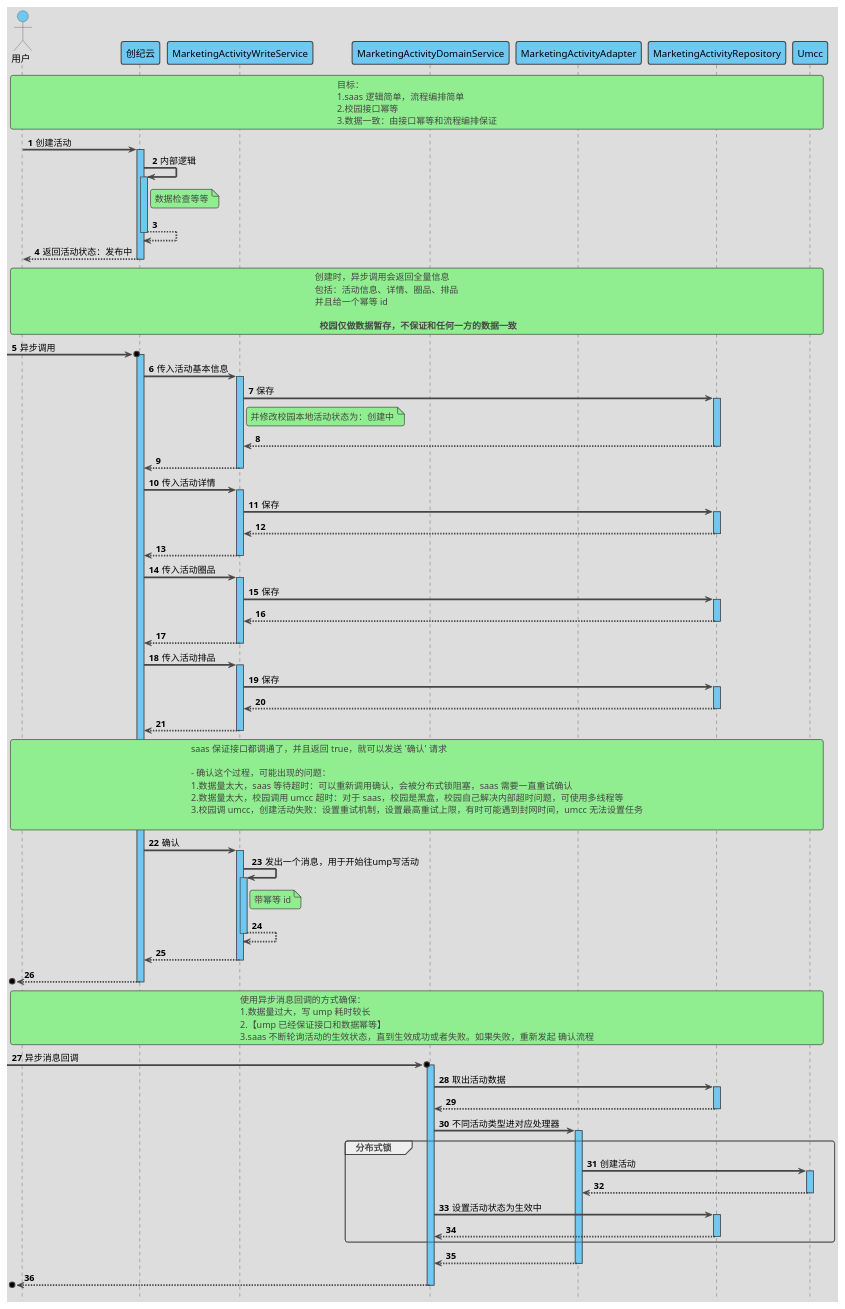
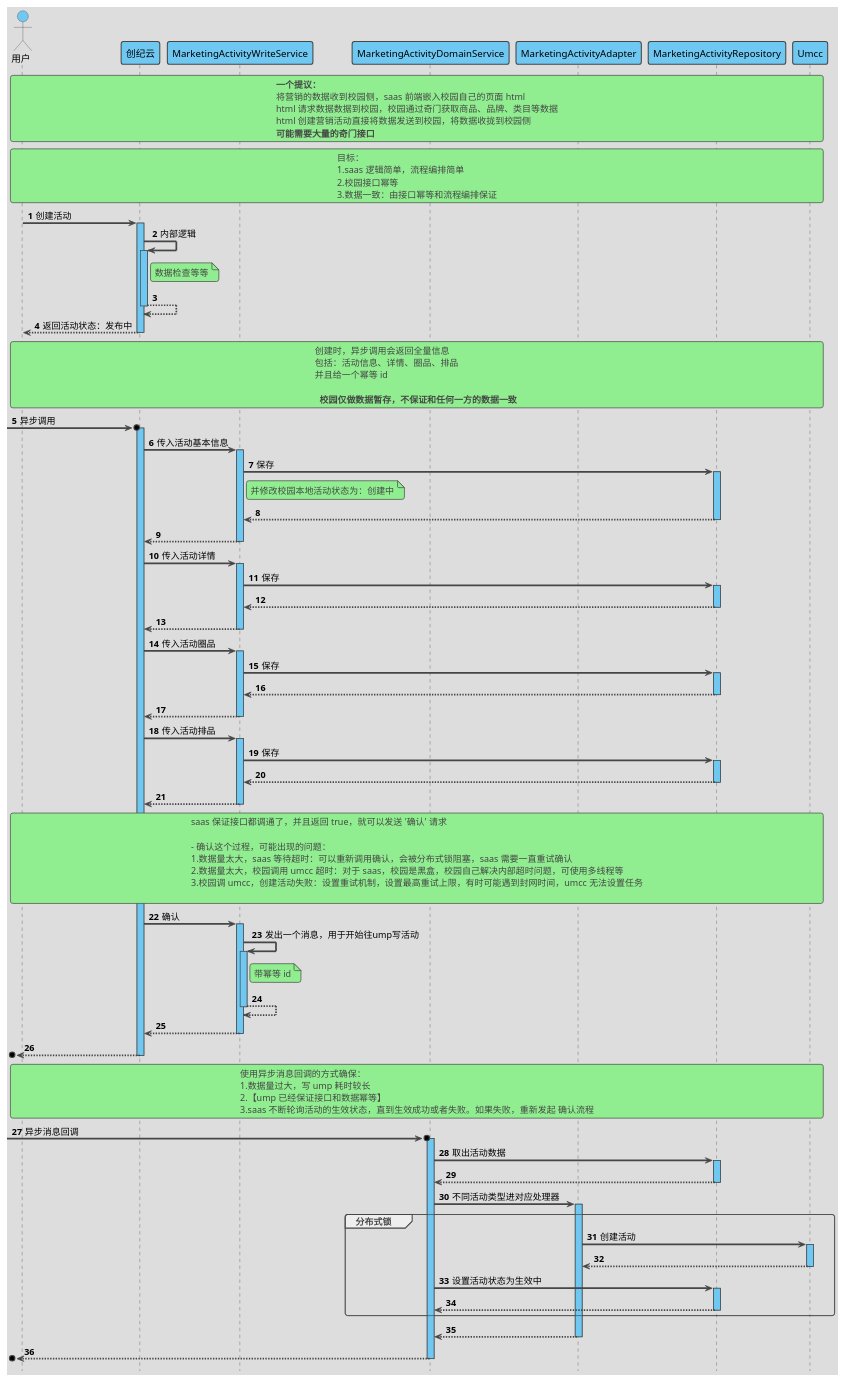
The diagram in src/main/resource/天猫校园/营销/基本框架/创建活动.puml (xauvlove/uml), drawn with PlantUML before and after one commit.

```diff
--- a/src/main/resource/天猫校园/营销/基本框架/创建活动.puml
+++ b/src/main/resource/天猫校园/营销/基本框架/创建活动.puml
@@ -1,132 +1,140 @@
 @startuml
 
 'https://plantuml.com/sequence-diagram
 
 '隐藏脚注
 hide footbox
 
 '使用 toy 主题
 !theme toy
 
 '自动激活
 autoActivate on
 
 '编号
 autonumber 1
 
 '隐藏孤立的参与者
 hide unlinked
 
 '文字对齐，向左对齐
 skinparam sequenceMessageAlign left
 
 '箭头粗度
 skinparam sequenceArrowThickness 2.5
 
 ' 皮肤
 skinparam sequence {
     LifeLineBackgroundColor #6FC8F2
     ParticipantBackgroundColor #6FC8F2
     ParticipantFontColor black
     ActorBackgroundColor #6FC8F2
     ActorFontColor black
 }
 
 actor 用户 as user
 participant 创纪云 as saas
 participant MarketingActivityWriteService as MarketingActivityWriteService
 participant MarketingActivityDomainService as MarketingActivityDomainService
 participant MarketingActivityAdapter as MarketingActivityAdapter
 participant MarketingActivityRepository as MarketingActivityRepository
 participant Umcc as Umcc
+
+rnote across
+    **一个提议：**
+    将营销的数据收到校园侧，saas 前端嵌入校园自己的页面 html
+    html 请求数据数据到校园，校园通过奇门获取商品、品牌、类目等数据
+    html 创建营销活动直接将数据发送到校园，将数据收拢到校园侧
+    **可能需要大量的奇门接口**
+end note
 
 rnote across
     目标：
     1.saas 逻辑简单，流程编排简单
     2.校园接口幂等
     3.数据一致：由接口幂等和流程编排保证
 end note
 
 user -> saas : 创建活动
 
 saas -> saas : 内部逻辑
 note right of saas
     数据检查等等
 end note
 return
 return 返回活动状态：发布中
 
 rnote across
     创建时，异步调用会返回全量信息
     包括：活动信息、详情、圈品、排品
     并且给一个幂等 id
 
      ** 校园仅做数据暂存，不保证和任何一方的数据一致 **
 end note
 
 ->o saas : 异步调用
 
 saas -> MarketingActivityWriteService : 传入活动基本信息
 
 MarketingActivityWriteService -> MarketingActivityRepository : 保存
 note right of MarketingActivityWriteService
     并修改校园本地活动状态为：创建中
 end note
 return
 return
 
 saas -> MarketingActivityWriteService : 传入活动详情
 MarketingActivityWriteService -> MarketingActivityRepository : 保存
 return
 return
 
 saas -> MarketingActivityWriteService : 传入活动圈品
 MarketingActivityWriteService -> MarketingActivityRepository : 保存
 return
 return
 
 saas -> MarketingActivityWriteService : 传入活动排品
 MarketingActivityWriteService -> MarketingActivityRepository : 保存
 return
 return
 
 rnote across
     saas 保证接口都调通了，并且返回 true，就可以发送 '确认' 请求
 
     - 确认这个过程，可能出现的问题：
     1.数据量太大，saas 等待超时：可以重新调用确认，会被分布式锁阻塞，saas 需要一直重试确认
     2.数据量太大，校园调用 umcc 超时：对于 saas，校园是黑盒，校园自己解决内部超时问题，可使用多线程等
     3.校园调 umcc，创建活动失败：设置重试机制，设置最高重试上限，有时可能遇到封网时间，umcc 无法设置任务
 
 end note
 saas -> MarketingActivityWriteService : 确认
 MarketingActivityWriteService -> MarketingActivityWriteService : 发出一个消息，用于开始往ump写活动
 note right of MarketingActivityWriteService
     带幂等 id
 end note
 return
 return
 return
 
 rnote across
     使用异步消息回调的方式确保：
     1.数据量过大，写 ump 耗时较长
     2.【ump 已经保证接口和数据幂等】
     3.saas 不断轮询活动的生效状态，直到生效成功或者失败。如果失败，重新发起 确认流程
 end note
 ->o MarketingActivityDomainService : 异步消息回调
 MarketingActivityDomainService -> MarketingActivityRepository : 取出活动数据
 return
 
 MarketingActivityDomainService -> MarketingActivityAdapter : 不同活动类型进对应处理器
 
 group 分布式锁
     MarketingActivityAdapter -> Umcc : 创建活动
     return
     MarketingActivityDomainService -> MarketingActivityRepository : 设置活动状态为生效中
     return
 end group
 return
 return
 
 @enduml
```
